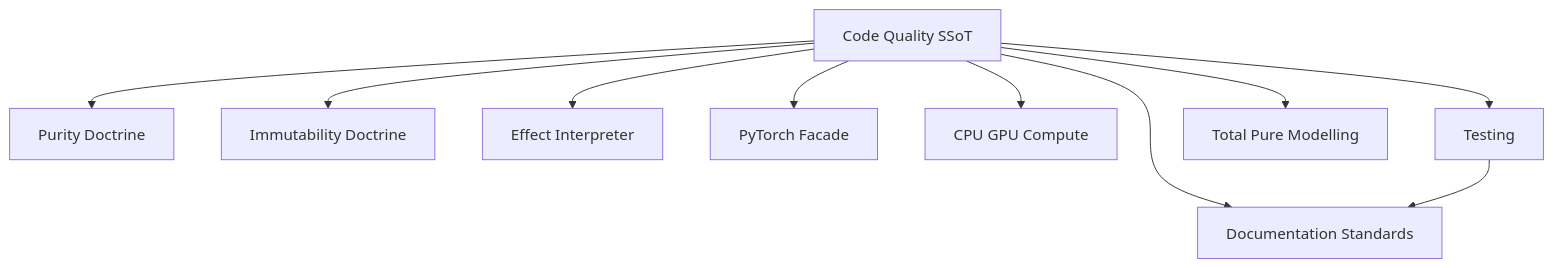
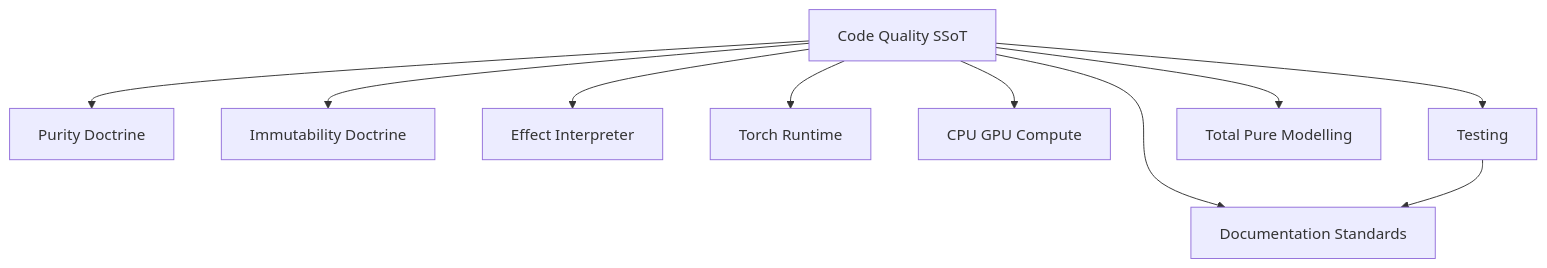
Before and after one commit to Tuee22/SpectralMC: the diagram in documents/engineering/code_quality.md, drawn with Mermaid. The commit also changed other lines of this file and 42 other files, not shown here.

````diff
--- a/documents/engineering/code_quality.md
+++ b/documents/engineering/code_quality.md
@@ -12,21 +12,21 @@
 ```mermaid
 flowchart TB
   CQ[Code Quality SSoT]
   Purity[Purity Doctrine]
   Immutability[Immutability Doctrine]
   Interpreter[Effect Interpreter]
-  Facade[PyTorch Facade]
+  Facade[Torch Runtime]
   CPUvsGPU[CPU GPU Compute]
   Testing[Testing]
   Docs[Documentation Standards]
 
   CQ --> Purity
   CQ --> Immutability
   CQ --> Interpreter
   CQ --> Facade
   CQ --> CPUvsGPU
   CQ --> Testing
   CQ --> Docs
   CQ --> TPM[Total Pure Modelling]
   Testing --> Docs
 ```
````
